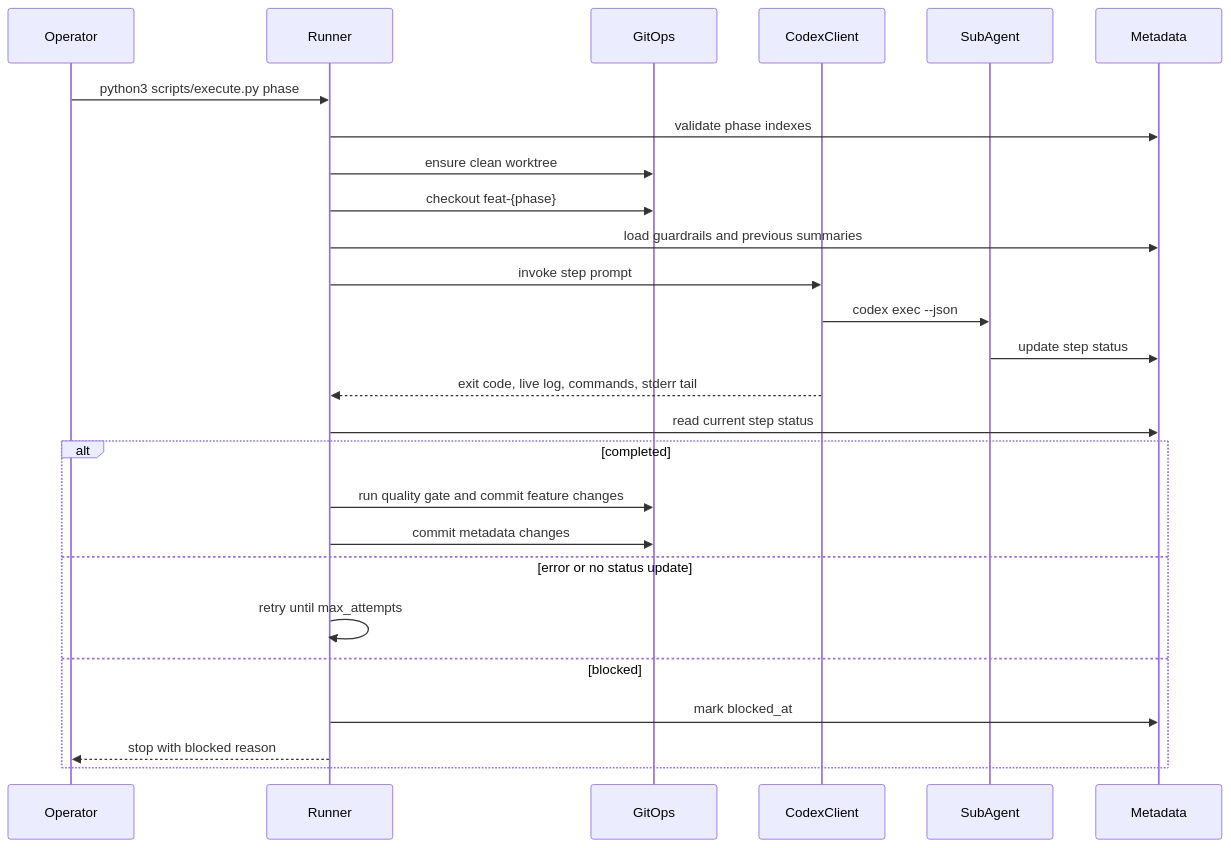
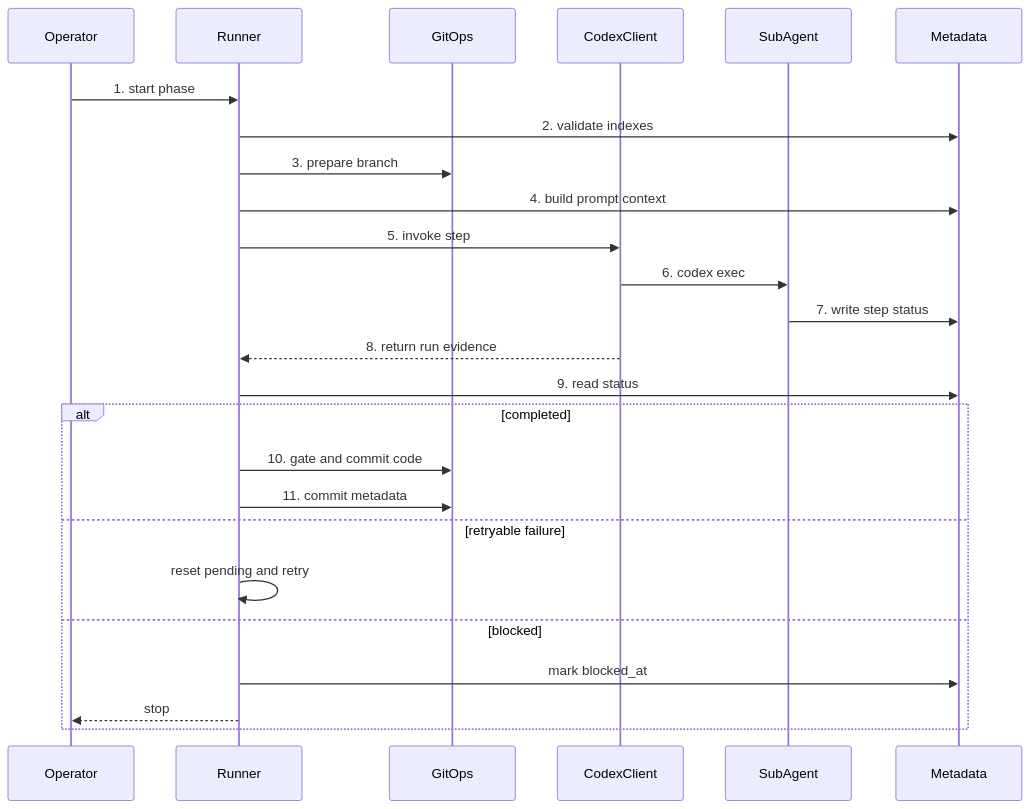
The second of 4 diagrams in docs/harness/harness_architecture.md (zaehorang/SolveSync), drawn with Mermaid before and after one commit. The commit also changed other lines of this file, not shown here.

Commit message:
docs: refine harness architecture guide

````diff
--- a/docs/harness/harness_architecture.md
+++ b/docs/harness/harness_architecture.md
@@ -178,30 +165,29 @@
 ```mermaid
 sequenceDiagram
   participant Operator
   participant Runner
   participant GitOps
   participant CodexClient
   participant SubAgent
   participant Metadata
 
-  Operator->>Runner: python3 scripts/execute.py phase
-  Runner->>Metadata: validate phase indexes
-  Runner->>GitOps: ensure clean worktree
-  Runner->>GitOps: checkout feat-{phase}
-  Runner->>Metadata: load guardrails and previous summaries
-  Runner->>CodexClient: invoke step prompt
-  CodexClient->>SubAgent: codex exec --json
-  SubAgent->>Metadata: update step status
-  CodexClient-->>Runner: exit code, live log, commands, stderr tail
-  Runner->>Metadata: read current step status
+  Operator->>Runner: 1. start phase
+  Runner->>Metadata: 2. validate indexes
+  Runner->>GitOps: 3. prepare branch
+  Runner->>Metadata: 4. build prompt context
+  Runner->>CodexClient: 5. invoke step
+  CodexClient->>SubAgent: 6. codex exec
+  SubAgent->>Metadata: 7. write step status
+  CodexClient-->>Runner: 8. return run evidence
+  Runner->>Metadata: 9. read status
 
   alt completed
-    Runner->>GitOps: run quality gate and commit feature changes
-    Runner->>GitOps: commit metadata changes
-  else error or no status update
-    Runner->>Runner: retry until max_attempts
+    Runner->>GitOps: 10. gate and commit code
+    Runner->>GitOps: 11. commit metadata
+  else retryable failure
+    Runner->>Runner: reset pending and retry
   else blocked
     Runner->>Metadata: mark blocked_at
-    Runner-->>Operator: stop with blocked reason
+    Runner-->>Operator: stop
   end
 ```
````
